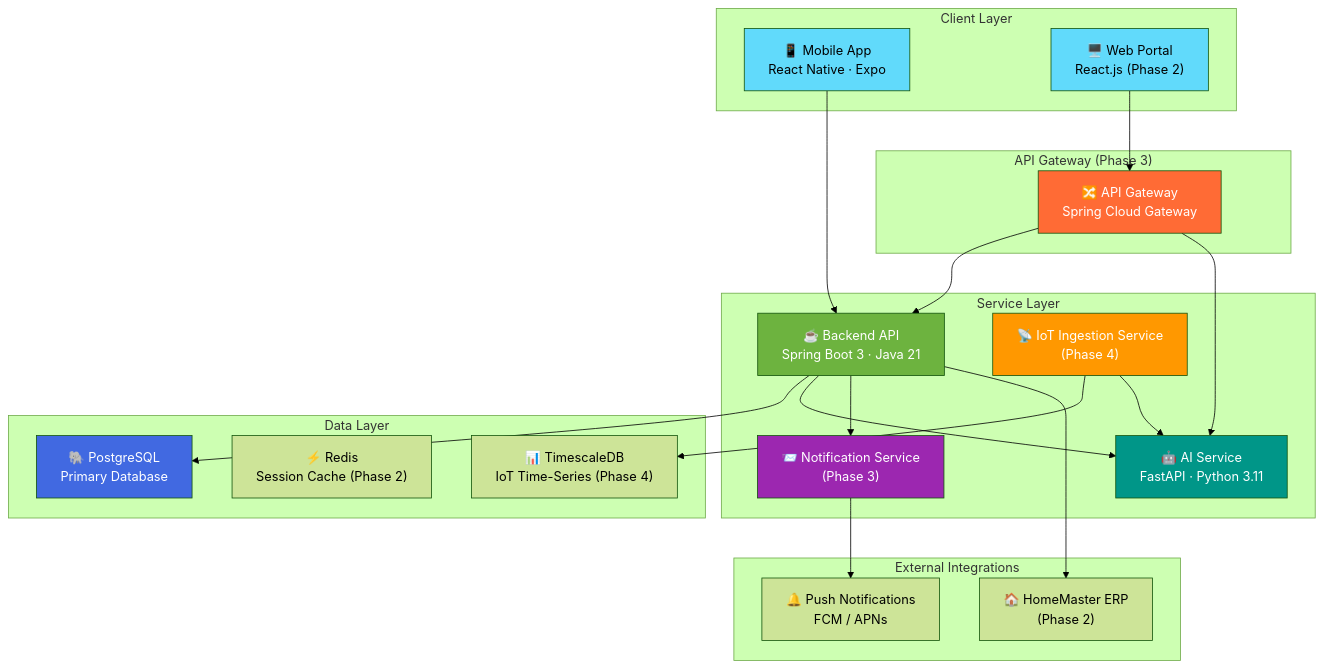
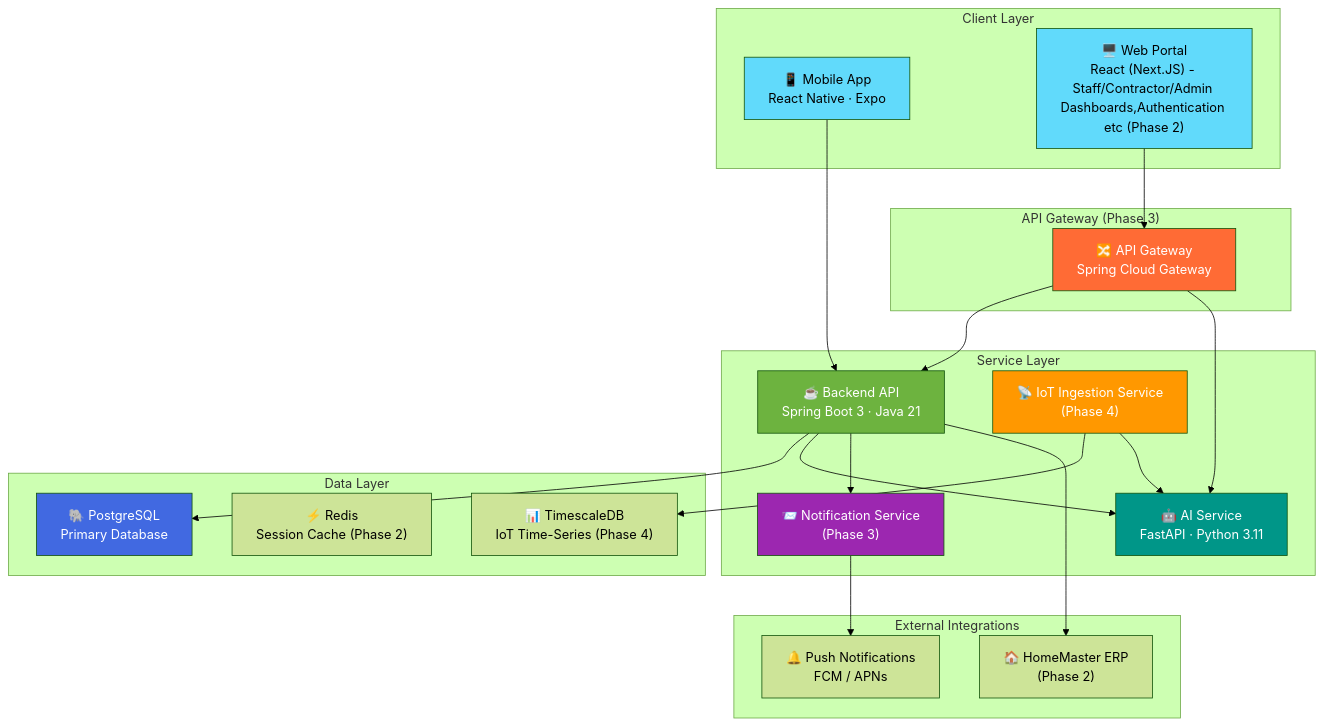
One commit to mirzahussnain/nexus-platform changed the first of 6 diagrams in docs/architecture.md. Above: the diagram before and after it, drawn with Mermaid (forest theme). The commit also changed other lines of this file, not shown here.

Commit message:
Update web portal description in architecture.md

````diff
--- a/docs/architecture.md
+++ b/docs/architecture.md
@@ -11,50 +11,50 @@
 ```mermaid
 graph TB
     subgraph Client["Client Layer"]
         MA["📱 Mobile App<br/>React Native · Expo"]
-        WP["🖥️ Web Portal<br/>React.js (Phase 2)"]
+        WP["🖥️ Web Portal<br/>React (Next.JS) - Staff/Contractor/Admin Dashboards,Authentication etc (Phase 2)"]
     end
 
     subgraph Gateway["API Gateway (Phase 3)"]
         AG["🔀 API Gateway<br/>Spring Cloud Gateway"]
     end
 
     subgraph Services["Service Layer"]
         BE["☕ Backend API<br/>Spring Boot 3 · Java 21"]
         AI["🤖 AI Service<br/>FastAPI · Python 3.11"]
         NS["📨 Notification Service<br/>(Phase 3)"]
         IOT["📡 IoT Ingestion Service<br/>(Phase 4)"]
     end
 
     subgraph Data["Data Layer"]
         PG["🐘 PostgreSQL<br/>Primary Database"]
         RD["⚡ Redis<br/>Session Cache (Phase 2)"]
         TS["📊 TimescaleDB<br/>IoT Time-Series (Phase 4)"]
     end
 
     subgraph External["External Integrations"]
         HM["🏠 HomeMaster ERP<br/>(Phase 2)"]
         PS["🔔 Push Notifications<br/>FCM / APNs"]
     end
 
     MA --> BE
     WP --> AG
     AG --> BE
     AG --> AI
     BE --> PG
     BE --> AI
     BE --> NS
     NS --> PS
     IOT --> TS
     IOT --> AI
     BE --> HM
 
     style MA fill:#61DAFB,color:#000
     style WP fill:#61DAFB,color:#000
     style BE fill:#6DB33F,color:#fff
     style AI fill:#009688,color:#fff
     style PG fill:#4169E1,color:#fff
     style AG fill:#FF6B35,color:#fff
     style NS fill:#9C27B0,color:#fff
     style IOT fill:#FF9800,color:#fff
 ```
````
